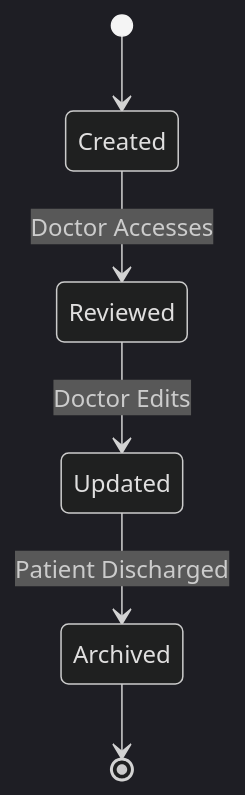
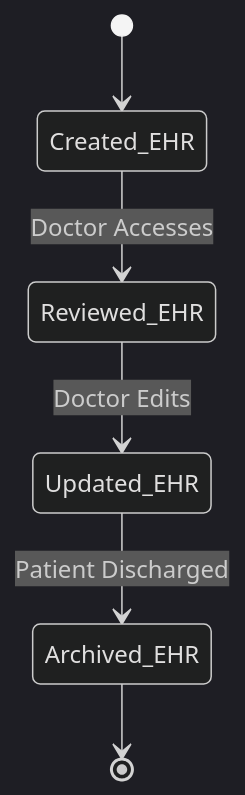
Before and after one commit to glory-kasongo-03/Doctor_appointment_booking_system: the fifth of 8 diagrams in State Transition Diagrams.md, drawn with Mermaid (dark theme). The commit also changed other lines of this file, not shown here.

Commit message:
Updated State Transition Diagrams.md

````diff
--- a/State Transition Diagrams.md
+++ b/State Transition Diagrams.md
@@ -52,8 +54,9 @@
 ```mermaid
 stateDiagram-v2
-    [*] --> Created
-    Created --> Reviewed : Doctor Accesses
-    Reviewed --> Updated : Doctor Edits
-    Updated --> Archived : Patient Discharged
-    Archived --> [*]
+    %% Initial state
+    [*] --> Created_EHR
+    Created_EHR --> Reviewed_EHR : Doctor Accesses
+    Reviewed_EHR --> Updated_EHR : Doctor Edits
+    Updated_EHR --> Archived_EHR : Patient Discharged
+    Archived_EHR --> [*]
 ```
````
